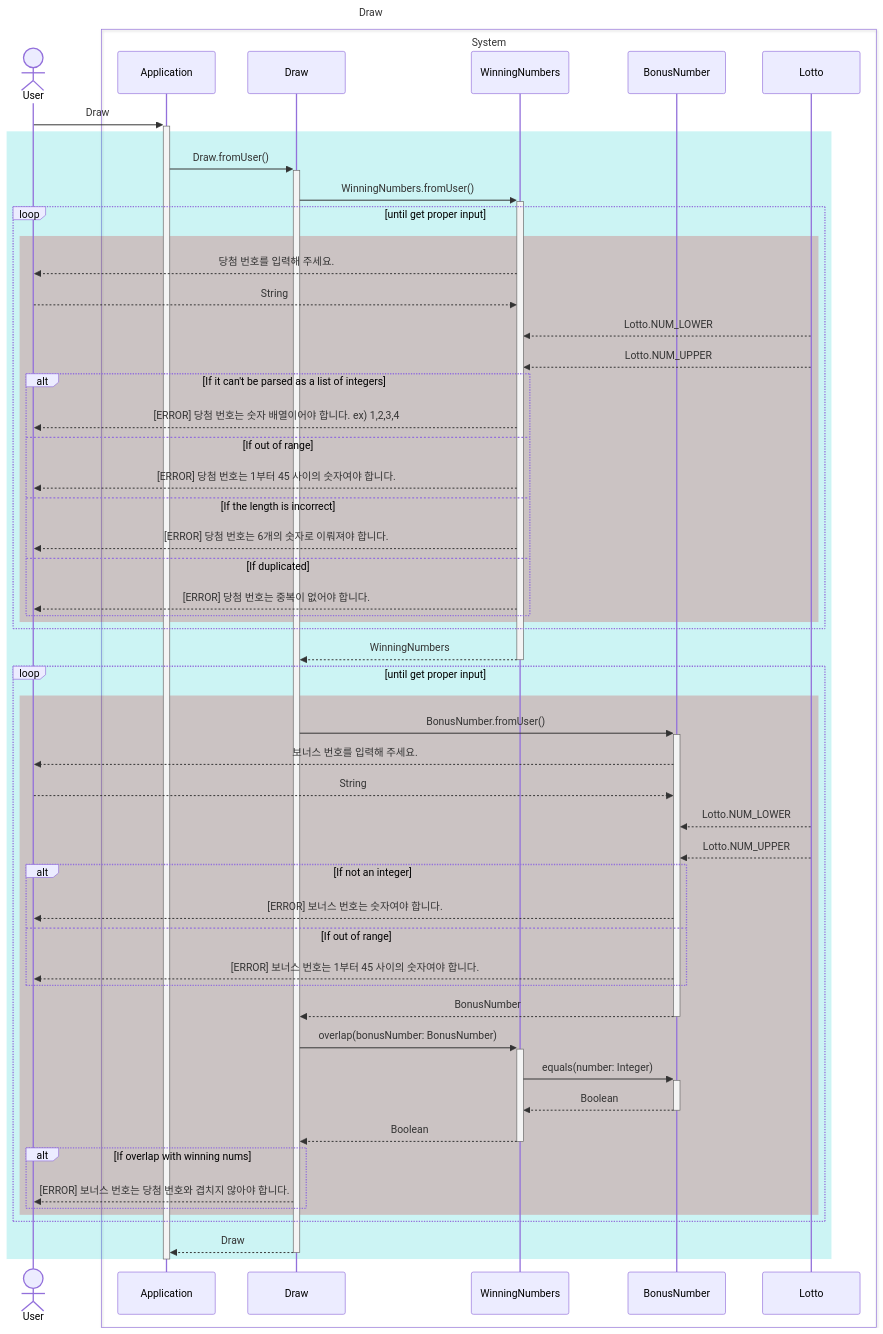
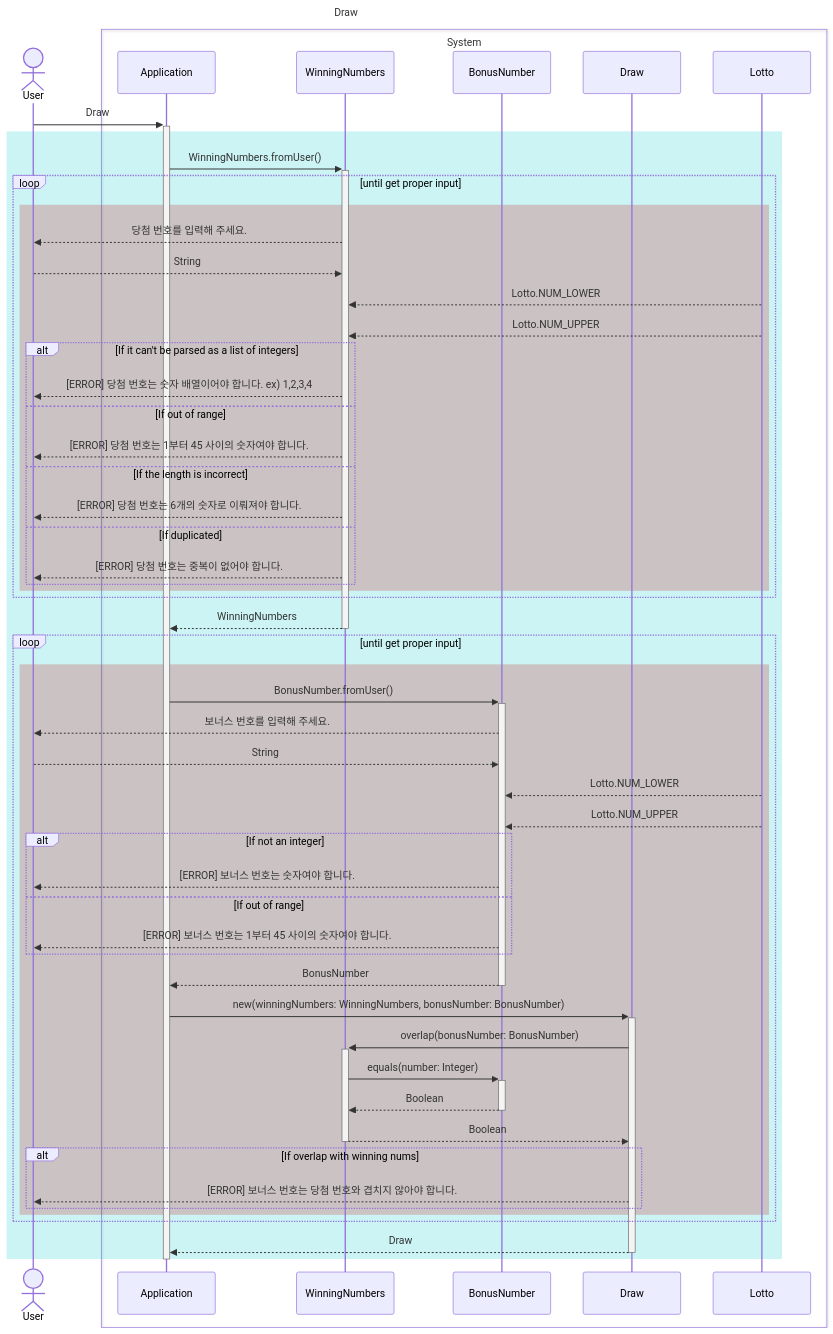
One commit to gdsc-konkuk/23-24_study_2nd_java-lotto-6 changed the fourth of 6 diagrams in docs/README.md. Above: the diagram before and after it, drawn with Mermaid. The commit also changed other lines of this file and 2 other files, not shown here.

````diff
--- a/docs/README.md
+++ b/docs/README.md
@@ -173,70 +173,71 @@
 ```mermaid
 ---
 title: Draw
 ---
 sequenceDiagram
     actor User
     box System
         participant Application
-        participant Draw
         participant WinningNumbers
         participant BonusNumber
+        participant Draw
         participant Lotto
     end
 
     User ->>+ Application: Draw
     rect rgb(0, 200, 200, 0.2)
-        Application ->>+ Draw: Draw.fromUser()
-        Draw ->>+ WinningNumbers: WinningNumbers.fromUser()
+        Application ->>+ WinningNumbers: WinningNumbers.fromUser()
 
         loop until get proper input
             rect rgb(200, 0, 0, 0.2)
                 WinningNumbers -->> User: 당첨 번호를 입력해 주세요.
                 User -->> WinningNumbers: String
                 Lotto -->> WinningNumbers: Lotto.NUM_LOWER
                 Lotto -->> WinningNumbers: Lotto.NUM_UPPER
+
                 alt If it can't be parsed as a list of integers
                     WinningNumbers -->> User: [ERROR] 당첨 번호는 숫자 배열이어야 합니다. ex) 1,2,3,4
                 else If out of range
                     WinningNumbers -->> User: [ERROR] 당첨 번호는 1부터 45 사이의 숫자여야 합니다.
                 else If the length is incorrect
                     WinningNumbers -->> User: [ERROR] 당첨 번호는 6개의 숫자로 이뤄져야 합니다.
                 else If duplicated
                     WinningNumbers -->> User: [ERROR] 당첨 번호는 중복이 없어야 합니다.
                 end
 
             end
         end
 
-        WinningNumbers -->>- Draw: WinningNumbers
+        WinningNumbers -->>- Application: WinningNumbers
 
         loop until get proper input
             rect rgb(200, 0, 0, 0.2)
-                Draw ->>+ BonusNumber: BonusNumber.fromUser()
+                Application ->>+ BonusNumber: BonusNumber.fromUser()
                 BonusNumber -->> User: 보너스 번호를 입력해 주세요.
                 User -->> BonusNumber: String
                 Lotto -->> BonusNumber: Lotto.NUM_LOWER
                 Lotto -->> BonusNumber: Lotto.NUM_UPPER
 
                 alt If not an integer
                     BonusNumber -->> User: [ERROR] 보너스 번호는 숫자여야 합니다.
                 else If out of range
                     BonusNumber -->> User: [ERROR] 보너스 번호는 1부터 45 사이의 숫자여야 합니다.
                 end
 
-                BonusNumber -->>- Draw: BonusNumber
+                BonusNumber -->>- Application: BonusNumber
+                Application ->>+ Draw: new(winningNumbers: WinningNumbers, bonusNumber: BonusNumber)
                 Draw ->>+ WinningNumbers: overlap(bonusNumber: BonusNumber)
                 WinningNumbers ->>+ BonusNumber: equals(number: Integer)
                 BonusNumber -->>- WinningNumbers: Boolean
                 WinningNumbers -->>- Draw: Boolean
                 alt If overlap with winning nums
                     Draw -->> User: [ERROR] 보너스 번호는 당첨 번호와 겹치지 않아야 합니다.
                 end
             end
         end
 
         Draw -->>- Application: Draw
     end
 
     deactivate Application
 ```
````
